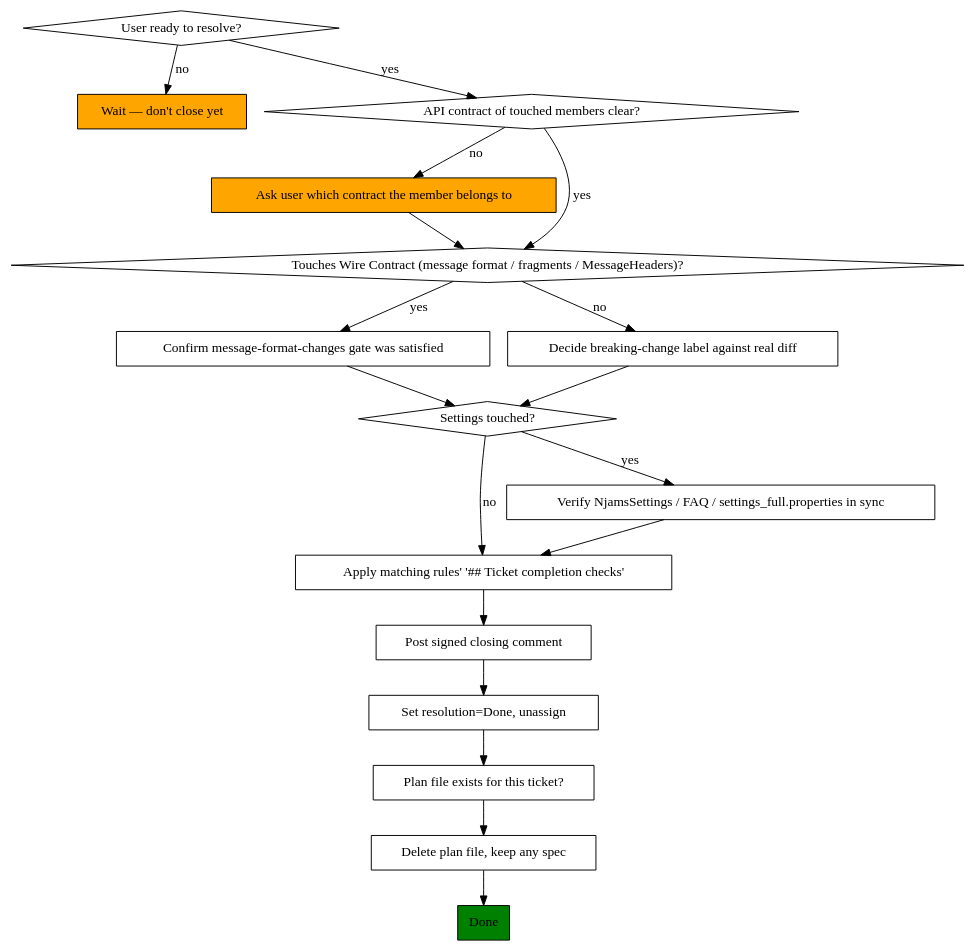
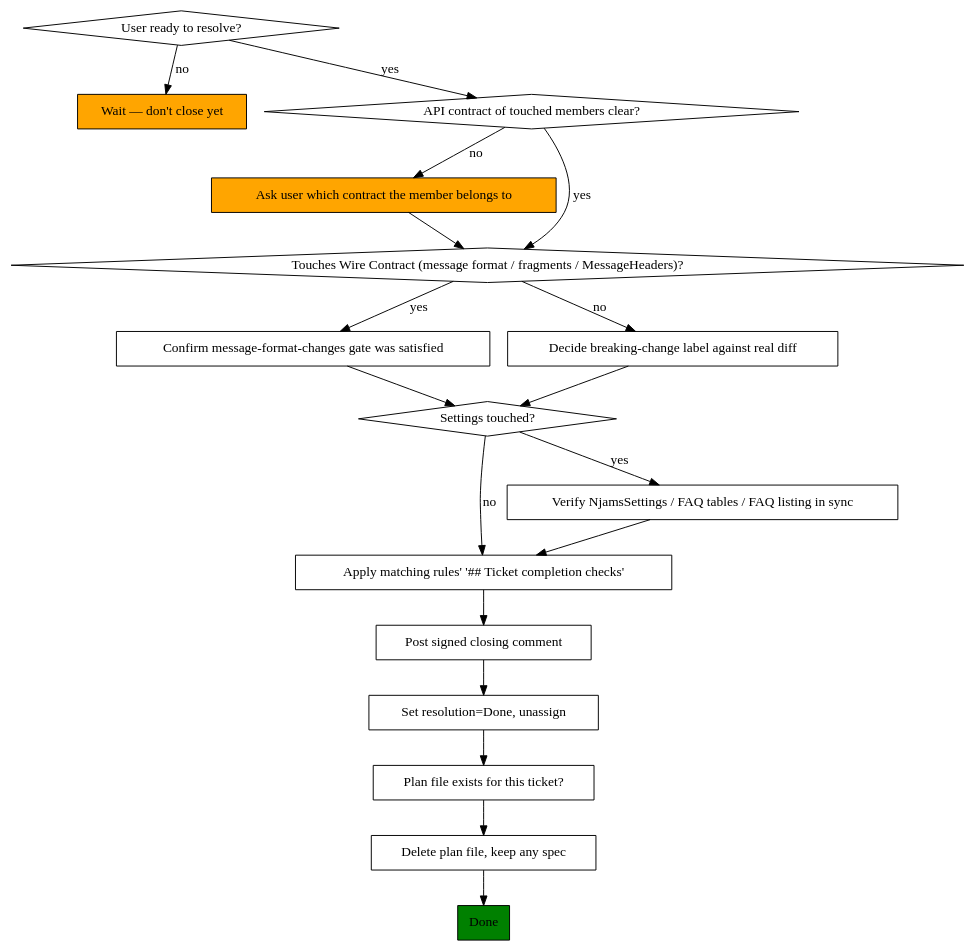
One commit to IntegrationMatters/njams-sdk changed the diagram in .claude/skills/njams-ticket-finish/SKILL.md. Above: the diagram before and after it, drawn with Graphviz. The commit also changed other lines of this file and 13 other files, not shown here.

Commit message:
Move the settings reference into the FAQ as a listing of all current settings with defaults, and fix outdated setting keys in the samples.

````diff
--- a/.claude/skills/njams-ticket-finish/SKILL.md
+++ b/.claude/skills/njams-ticket-finish/SKILL.md
@@ -39,38 +39,38 @@
 ```dot
 digraph ticket_finish {
     rankdir=TB;
     "User ready to resolve?" [shape=diamond];
     "Wait — don't close yet" [shape=box, style=filled, fillcolor=orange];
     "API contract of touched members clear?" [shape=diamond];
     "Ask user which contract the member belongs to" [shape=box, style=filled, fillcolor=orange];
     "Touches Wire Contract (message format / fragments / MessageHeaders)?" [shape=diamond];
     "Confirm message-format-changes gate was satisfied" [shape=box];
     "Decide breaking-change label against real diff" [shape=box];
     "Settings touched?" [shape=diamond];
     "Apply matching rules' '## Ticket completion checks'" [shape=box];
-    "Verify NjamsSettings / FAQ / settings_full.properties in sync" [shape=box];
+    "Verify NjamsSettings / FAQ tables / FAQ listing in sync" [shape=box];
     "Post signed closing comment" [shape=box];
     "Set resolution=Done, unassign" [shape=box];
     "Plan file exists for this ticket?" [shape=box];
     "Delete plan file, keep any spec" [shape=box];
     "Done" [shape=box, style=filled, fillcolor=green];
 
     "User ready to resolve?" -> "Wait — don't close yet" [label="no"];
     "User ready to resolve?" -> "API contract of touched members clear?" [label="yes"];
     "API contract of touched members clear?" -> "Ask user which contract the member belongs to" [label="no"];
     "Ask user which contract the member belongs to" -> "Touches Wire Contract (message format / fragments / MessageHeaders)?";
     "API contract of touched members clear?" -> "Touches Wire Contract (message format / fragments / MessageHeaders)?" [label="yes"];
     "Touches Wire Contract (message format / fragments / MessageHeaders)?" -> "Confirm message-format-changes gate was satisfied" [label="yes"];
     "Touches Wire Contract (message format / fragments / MessageHeaders)?" -> "Decide breaking-change label against real diff" [label="no"];
     "Confirm message-format-changes gate was satisfied" -> "Settings touched?";
     "Decide breaking-change label against real diff" -> "Settings touched?";
-    "Settings touched?" -> "Verify NjamsSettings / FAQ / settings_full.properties in sync" [label="yes"];
+    "Settings touched?" -> "Verify NjamsSettings / FAQ tables / FAQ listing in sync" [label="yes"];
     "Settings touched?" -> "Apply matching rules' '## Ticket completion checks'" [label="no"];
-    "Verify NjamsSettings / FAQ / settings_full.properties in sync" -> "Apply matching rules' '## Ticket completion checks'";
+    "Verify NjamsSettings / FAQ tables / FAQ listing in sync" -> "Apply matching rules' '## Ticket completion checks'";
     "Apply matching rules' '## Ticket completion checks'" -> "Post signed closing comment";
     "Post signed closing comment" -> "Set resolution=Done, unassign";
     "Set resolution=Done, unassign" -> "Plan file exists for this ticket?";
     "Plan file exists for this ticket?" -> "Delete plan file, keep any spec";
     "Delete plan file, keep any spec" -> "Done";
 }
 ```
````
